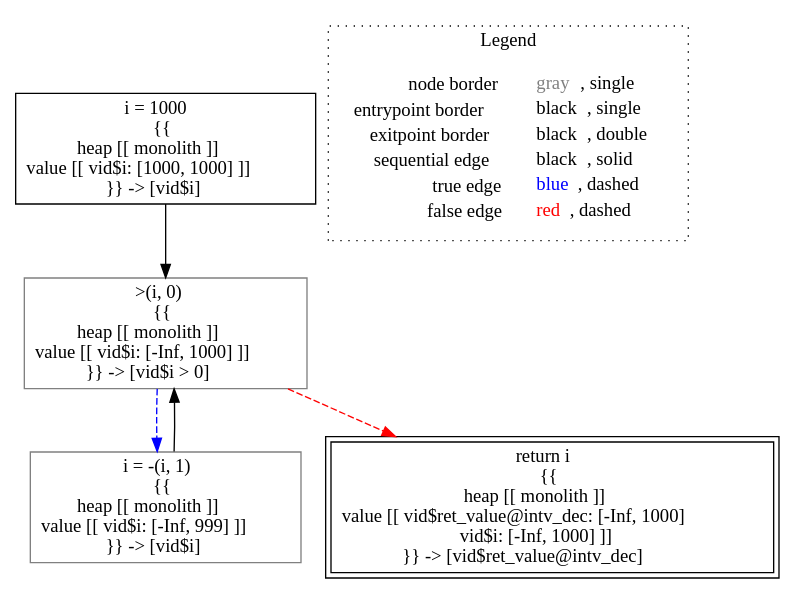
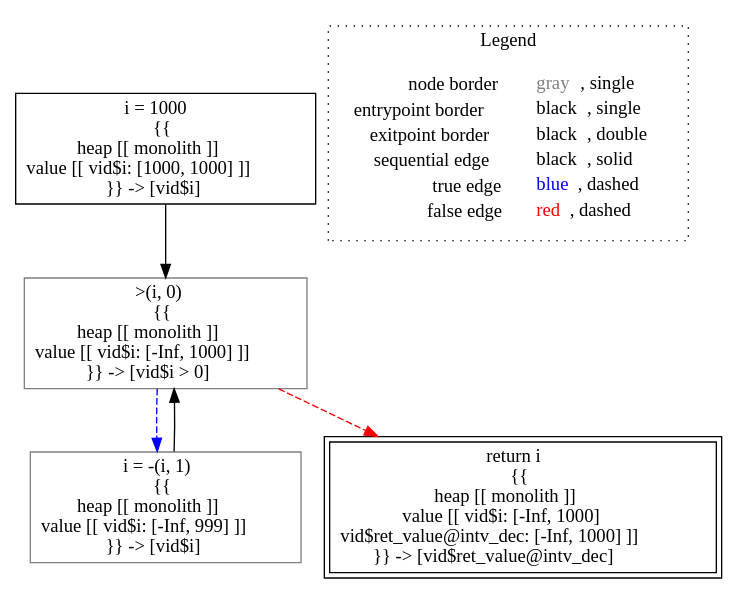
One commit to lisa-analyzer/lisa changed the diagram in lisa/imp-testcases/interval/analysis___untyped_tutorial.intv_dec().dot. Above: the diagram before and after it, drawn with Graphviz. The commit also changed 29 other files, not shown here.

```diff
--- a/lisa/imp-testcases/interval/analysis___untyped_tutorial.intv_dec().dot
+++ b/lisa/imp-testcases/interval/analysis___untyped_tutorial.intv_dec().dot
@@ -1,17 +1,17 @@
 digraph {
 	"node0" [shape="rect",color="black",label=<i = 1000<BR/>{{<BR/>heap [[ monolith ]]<BR/>value [[ vid$i: [1000, 1000] ]]<BR/>}} -&gt; [vid$i]>];
 	"node1" [shape="rect",color="gray",label=<i = -(i, 1)<BR/>{{<BR/>heap [[ monolith ]]<BR/>value [[ vid$i: [-Inf, 999] ]]<BR/>}} -&gt; [vid$i]>];
-	"node2" [shape="rect",color="black",peripheries="2",label=<return i<BR/>{{<BR/>heap [[ monolith ]]<BR/>value [[ vid$ret_value@intv_dec: [-Inf, 1000]<BR/>vid$i: [-Inf, 1000] ]]<BR/>}} -&gt; [vid$ret_value@intv_dec]>];
-	"node3" [shape="rect",color="gray",label=<&gt;(i, 0)<BR/>{{<BR/>heap [[ monolith ]]<BR/>value [[ vid$i: [-Inf, 1000] ]]<BR/>}} -&gt; [vid$i &gt; 0]>];
-	"node0" -> "node3" [color="black"];
-	"node1" -> "node3" [color="black"];
-	"node3" -> "node1" [color="blue",style="dashed"];
-	"node3" -> "node2" [color="red",style="dashed"];
+	"node2" [shape="rect",color="gray",label=<&gt;(i, 0)<BR/>{{<BR/>heap [[ monolith ]]<BR/>value [[ vid$i: [-Inf, 1000] ]]<BR/>}} -&gt; [vid$i &gt; 0]>];
+	"node3" [shape="rect",color="black",peripheries="2",label=<return i<BR/>{{<BR/>heap [[ monolith ]]<BR/>value [[ vid$i: [-Inf, 1000]<BR/>vid$ret_value@intv_dec: [-Inf, 1000] ]]<BR/>}} -&gt; [vid$ret_value@intv_dec]>];
+	"node1" -> "node2" [color="black"];
+	"node2" -> "node1" [color="blue",style="dashed"];
+	"node2" -> "node3" [color="red",style="dashed"];
+	"node0" -> "node2" [color="black"];
 subgraph cluster_legend {
 	label="Legend";
 	style=dotted;
 	node [shape=plaintext];
 	"legend" [label=<<table border="0" cellpadding="2" cellspacing="0" cellborder="0"><tr><td align="right">node border&nbsp;</td><td align="left"><font color="gray">gray</font>, single</td></tr><tr><td align="right">entrypoint border&nbsp;</td><td align="left"><font color="black">black</font>, single</td></tr><tr><td align="right">exitpoint border&nbsp;</td><td align="left"><font color="black">black</font>, double</td></tr><tr><td align="right">sequential edge&nbsp;</td><td align="left"><font color="black">black</font>, solid</td></tr><tr><td align="right">true edge&nbsp;</td><td align="left"><font color="blue">blue</font>, dashed</td></tr><tr><td align="right">false edge&nbsp;</td><td align="left"><font color="red">red</font>, dashed</td></tr></table>>];
 }
 
 }
```
